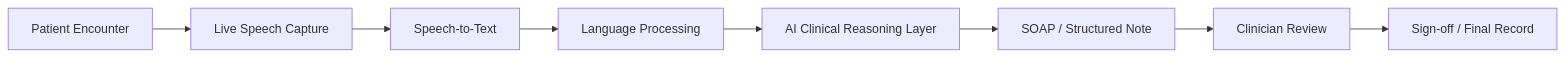
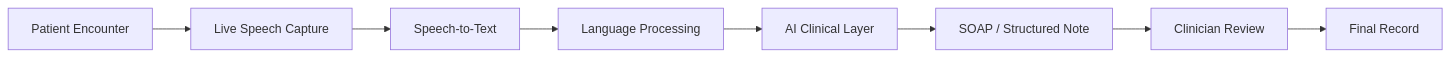
Before and after one commit to mbs-x/mbs-x: the first of 5 diagrams in README.md, drawn with Mermaid. The commit also changed other lines of this file, not shown here.

````diff
--- a/README.md
+++ b/README.md
@@ -256,10 +173,10 @@
 ```mermaid
 flowchart LR
     A[Patient Encounter] --> B[Live Speech Capture]
     B --> C[Speech-to-Text]
     C --> D[Language Processing]
-    D --> E[AI Clinical Reasoning Layer]
+    D --> E[AI Clinical Layer]
     E --> F[SOAP / Structured Note]
     F --> G[Clinician Review]
-    G --> H[Sign-off / Final Record]
+    G --> H[Final Record]
 ```
````
